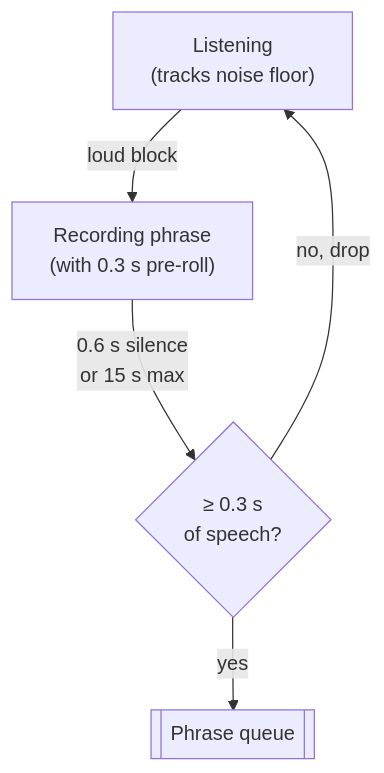
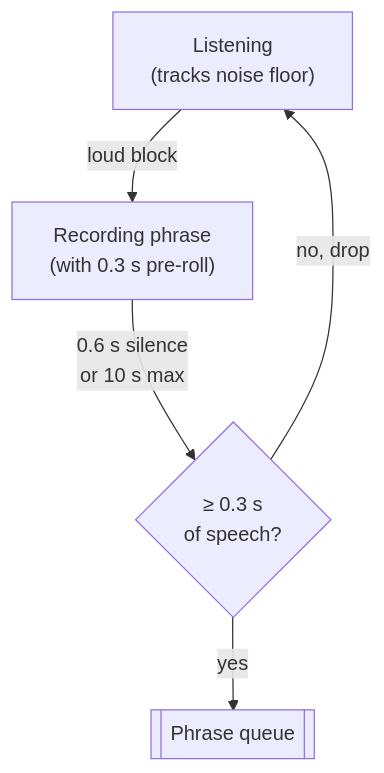
The second of 2 diagrams in README.md (anoted/audio_transcript), drawn with Mermaid before and after one commit. The commit also changed other lines of this file and 9 other files, not shown here.

````diff
--- a/README.md
+++ b/README.md
@@ -34,7 +47,7 @@
 ```mermaid
 flowchart TD
     listen["Listening<br/>(tracks noise floor)"] -- "loud block" --> phrase["Recording phrase<br/>(with 0.3 s pre-roll)"]
-    phrase -- "0.6 s silence<br/>or 15 s max" --> check{"≥ 0.3 s<br/>of speech?"}
+    phrase -- "0.6 s silence<br/>or 10 s max" --> check{"≥ 0.3 s<br/>of speech?"}
     check -- "yes" --> queue[["Phrase queue"]]
     check -- "no, drop" --> listen
 ```
````
